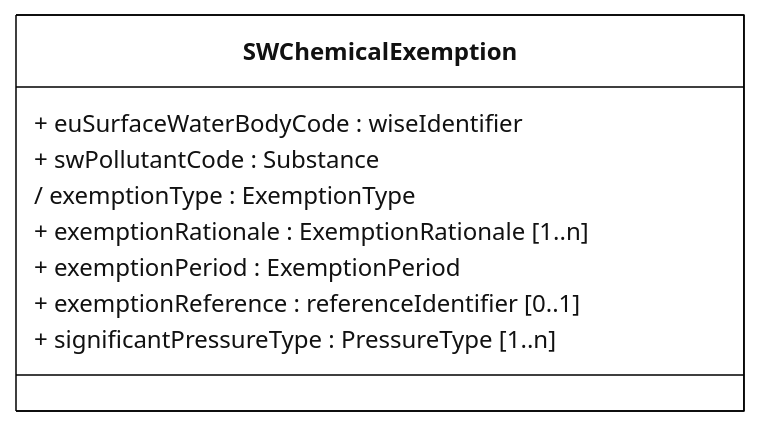
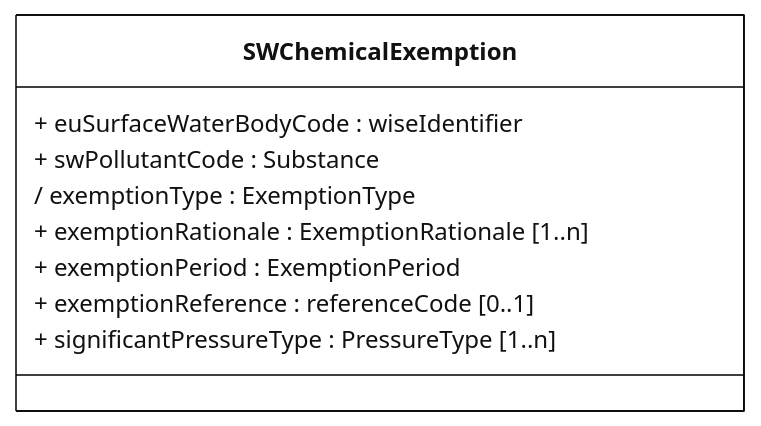
Before and after one commit to eeadata/WISE.WFD.Documentation: the diagram in docs/DataModelReview/mmd/Exemptions_4thCycle_SWChemicalExemption_ClassDiagram.mmd, drawn with Mermaid. The commit also changed 9 other files, not shown here.

```diff
--- a/docs/DataModelReview/mmd/Exemptions_4thCycle_SWChemicalExemption_ClassDiagram.mmd
+++ b/docs/DataModelReview/mmd/Exemptions_4thCycle_SWChemicalExemption_ClassDiagram.mmd
@@ -1,21 +1,20 @@
 ---
 config:
   class:
     hideEmptyMembersBox: true
   layout: dagre
   theme: neutral
 ---
 classDiagram
 class SWChemicalExemption{
     + euSurfaceWaterBodyCode : wiseIdentifier
     + swPollutantCode : Substance
     / exemptionType : ExemptionType
     + exemptionRationale : ExemptionRationale [1..n]
     + exemptionPeriod : ExemptionPeriod
-    + exemptionReference : referenceIdentifier [0..1]
+    + exemptionReference : referenceCode [0..1]
     + significantPressureType : PressureType [1..n]
 }
 
-
 classDef default fill:white,stroke:#000;
 classDef forFixing fill:white,stroke:#f00;
```
